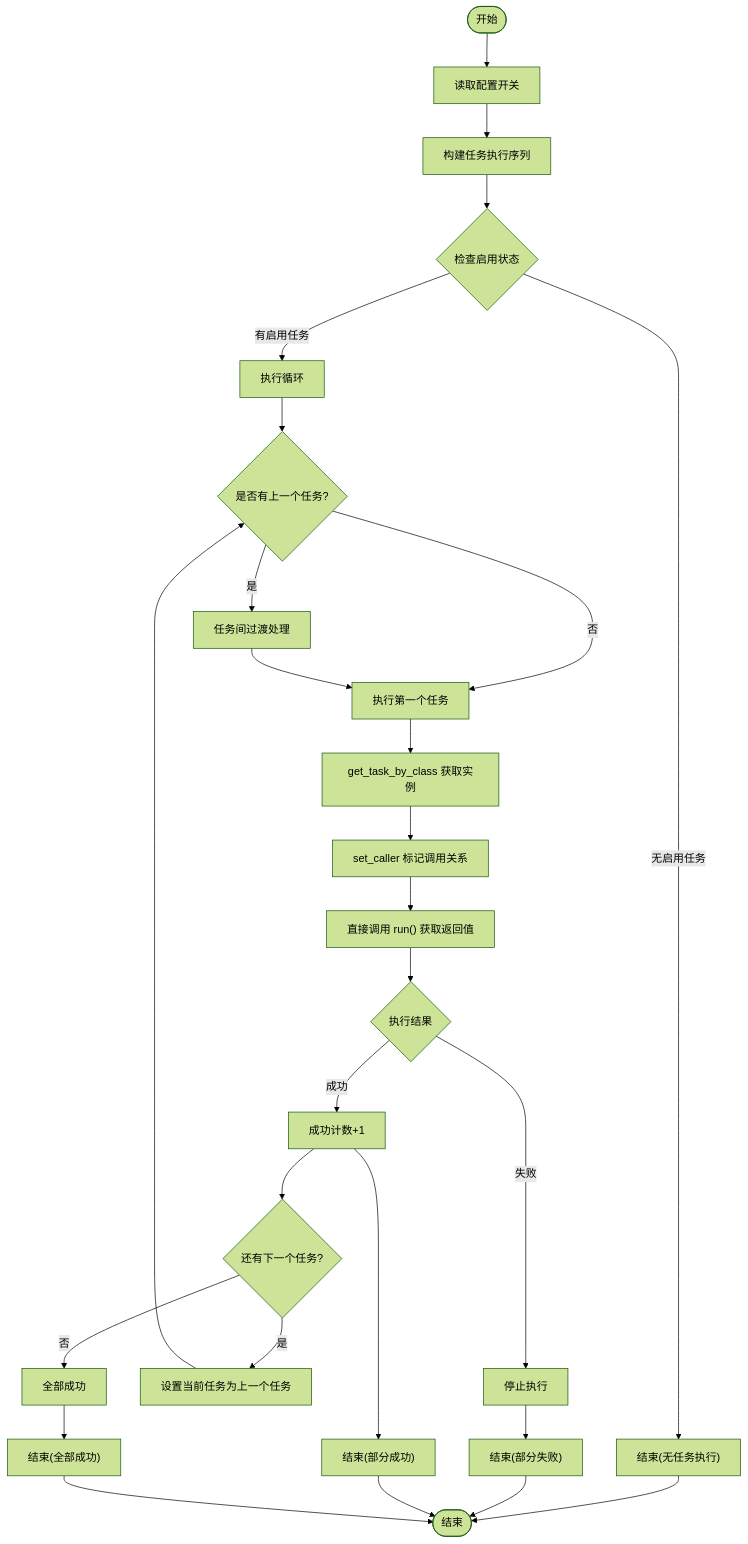
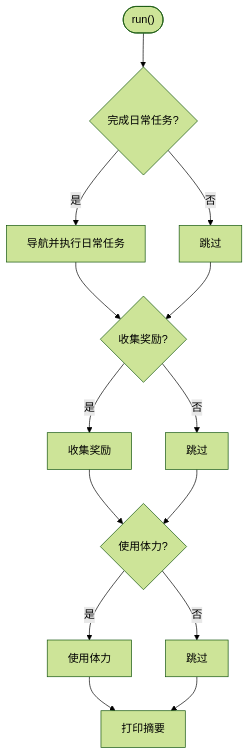
One commit to xsy098-max/ok-jump changed the seventh of 10 diagrams in .qoder/repowiki/zh/content/任务系统/任务系统.md. Above: the diagram before and after it, drawn with Mermaid (forest theme). The commit also changed other lines of this file and 216 other files, not shown here.

````diff
--- a/.qoder/repowiki/zh/content/任务系统/任务系统.md
+++ b/.qoder/repowiki/zh/content/任务系统/任务系统.md
@@ -620,29 +341,16 @@
 ```mermaid
 flowchart TD
-Start(["开始"]) --> ReadConfig["读取配置开关"]
-ReadConfig --> BuildSequence["构建任务执行序列"]
-BuildSequence --> CheckEnabled{"检查启用状态"}
-CheckEnabled --> |无启用任务| EndNoop["结束(无任务执行)"]
-CheckEnabled --> |有启用任务| ExecuteLoop["执行循环"]
-ExecuteLoop --> PrevTask{"是否有上一个任务?"}
-PrevTask --> |否| Task1["执行第一个任务"]
-PrevTask --> |是| Transition["任务间过渡处理"]
-Transition --> Task1
-Task1 --> GetInstance["get_task_by_class 获取实例"]
-GetInstance --> SetCaller["set_caller 标记调用关系"]
-SetCaller --> DirectRun["直接调用 run() 获取返回值"]
-DirectRun --> Result1{"执行结果"}
-Result1 --> |成功| Count1["成功计数+1"]
-Result1 --> |失败| Stop1["停止执行"]
-Count1 --> NextTask{"还有下一个任务?"}
-Stop1 --> EndFail["结束(部分失败)"]
-NextTask --> |是| PrevTask2["设置当前任务为上一个任务"]
-PrevTask2 --> PrevTask
-NextTask --> |否| Success["全部成功"]
-Success --> EndSuccess["结束(全部成功)"]
-Count1 --> EndPartial["结束(部分成功)"]
-EndNoop --> End(["结束"])
-EndFail --> End
-EndPartial --> End
-EndSuccess --> End
+Start(["run()"]) --> Quests{"完成日常任务?"}
+Quests --> |是| DoQuests["导航并执行日常任务"]
+Quests --> |否| SkipQ["跳过"]
+DoQuests --> Rewards{"收集奖励?"}
+SkipQ --> Rewards
+Rewards --> |是| Collect["收集奖励"]
+Rewards --> |否| SkipR["跳过"]
+Collect --> Stamina{"使用体力?"}
+SkipR --> Stamina
+Stamina --> |是| Use["使用体力"]
+Stamina --> |否| SkipS["跳过"]
+Use --> Summary["打印摘要"]
+SkipS --> Summary
 ```
````
